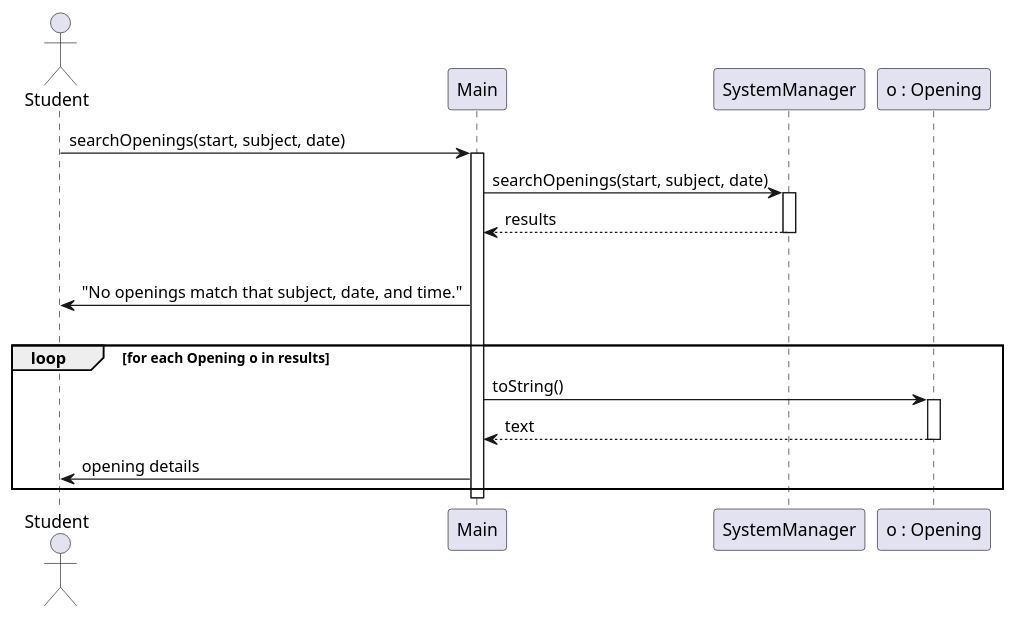
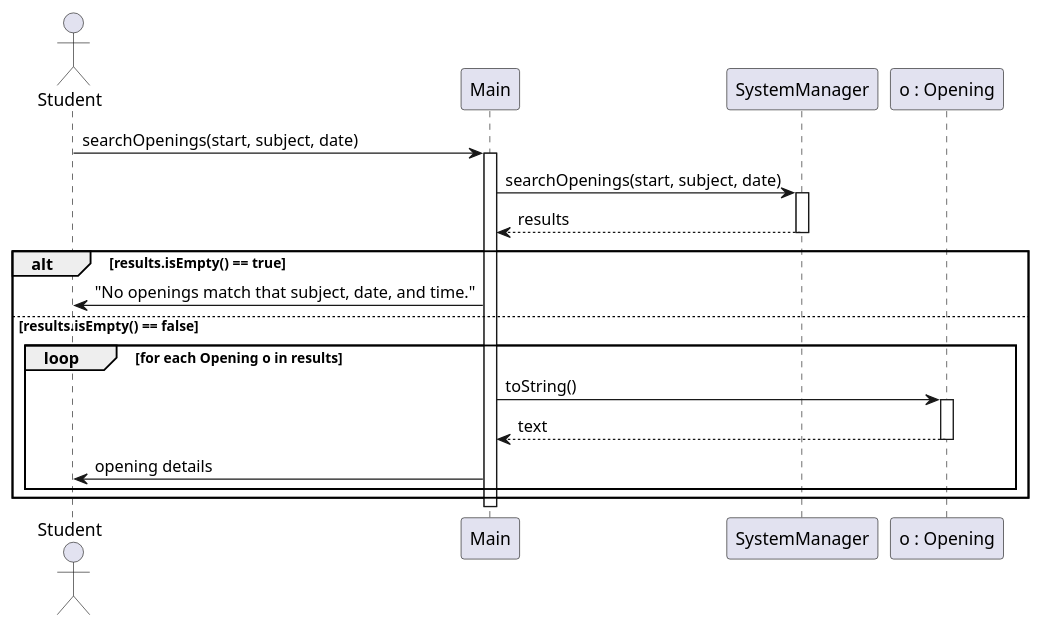
The diagram in docs/diagrams/search-openings-sequence.puml (localhost433/OOPFinalProject), drawn with PlantUML before and after one commit. The commit also changed 3 other files, not shown here.

```diff
--- a/docs/diagrams/search-openings-sequence.puml
+++ b/docs/diagrams/search-openings-sequence.puml
@@ -1,32 +1,33 @@
 @startuml search-openings-sequence
 ' Sequence diagram — Student searches for available openings (Main.searchOpenings)
 
 actor Student as student
 
 participant "Main" as main
 participant "SystemManager" as sys
 participant "o : Opening" as open
 
 student -> main : searchOpenings(start, subject, date)
 activate main
 
 main -> sys : searchOpenings(start, subject, date)
 activate sys
 sys --> main : results
 deactivate sys
 
 alt results.isEmpty() == true
     main -> student : "No openings match that subject, date, and time."
 else results.isEmpty() == false
     loop for each Opening o in results
-    main -> open : toString()
-    activate open
-    open --> main : text
-    deactivate open
+        main -> open : toString()
+        activate open
+        open --> main : text
+        deactivate open
 
-    main -> student : opening details
+        main -> student : opening details
+    end
 end
 
 deactivate main
 
 @enduml
```
